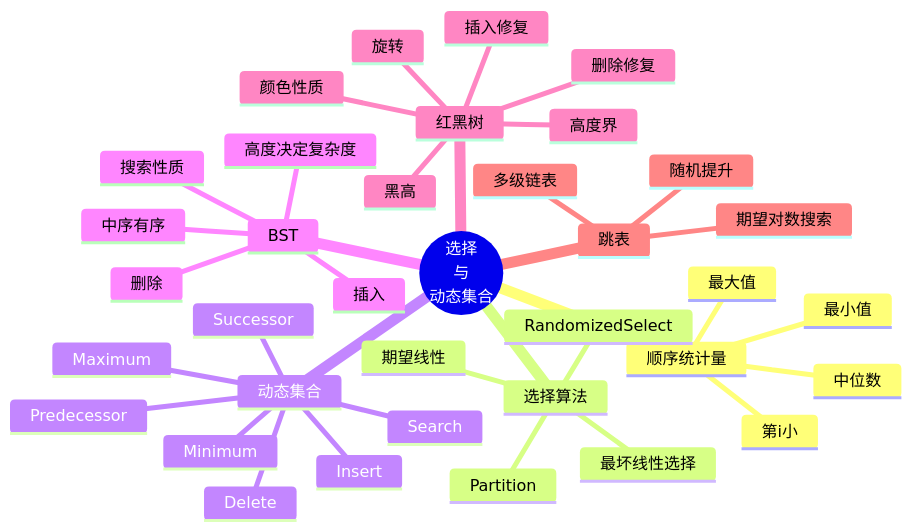
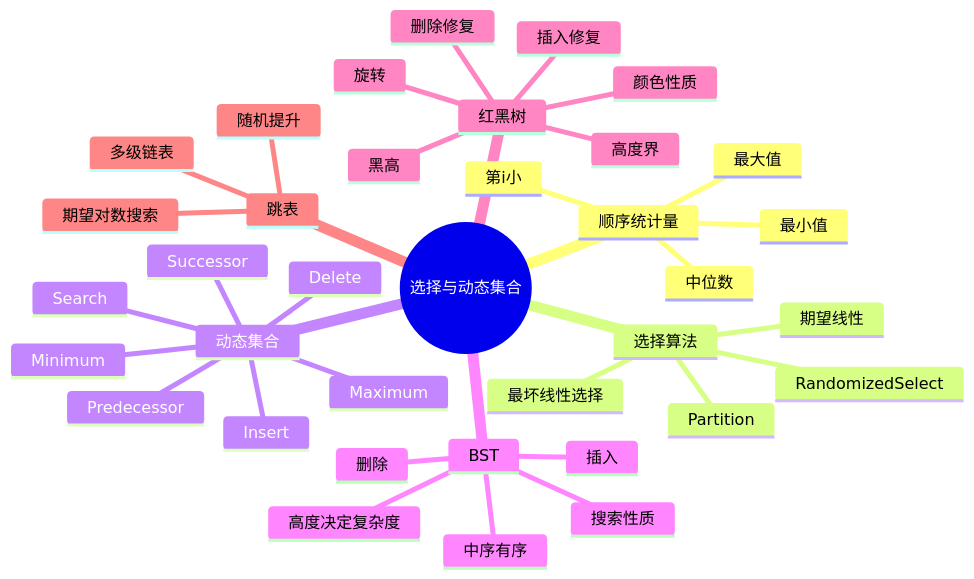
The diagram in 算法与数据结构/04-选择问题_搜索树_红黑树_跳表.md (hadanice/OpenDS), drawn with Mermaid before and after one commit.

````diff
--- a/算法与数据结构/04-选择问题_搜索树_红黑树_跳表.md
+++ b/算法与数据结构/04-选择问题_搜索树_红黑树_跳表.md
@@ -5,41 +5,39 @@
 ```mermaid
 mindmap
-  root((选择
-  与
-  动态集合))
+  root((选择与动态集合))
     顺序统计量
       最小值
       最大值
       第i小
       中位数
     选择算法
       RandomizedSelect
       Partition
       期望线性
       最坏线性选择
     动态集合
       Search
       Insert
       Delete
       Minimum
       Maximum
       Successor
       Predecessor
     BST
       搜索性质
       中序有序
       插入
       删除
       高度决定复杂度
     红黑树
       颜色性质
       黑高
       高度界
       旋转
       插入修复
       删除修复
     跳表
       多级链表
       随机提升
       期望对数搜索
 ```
````
